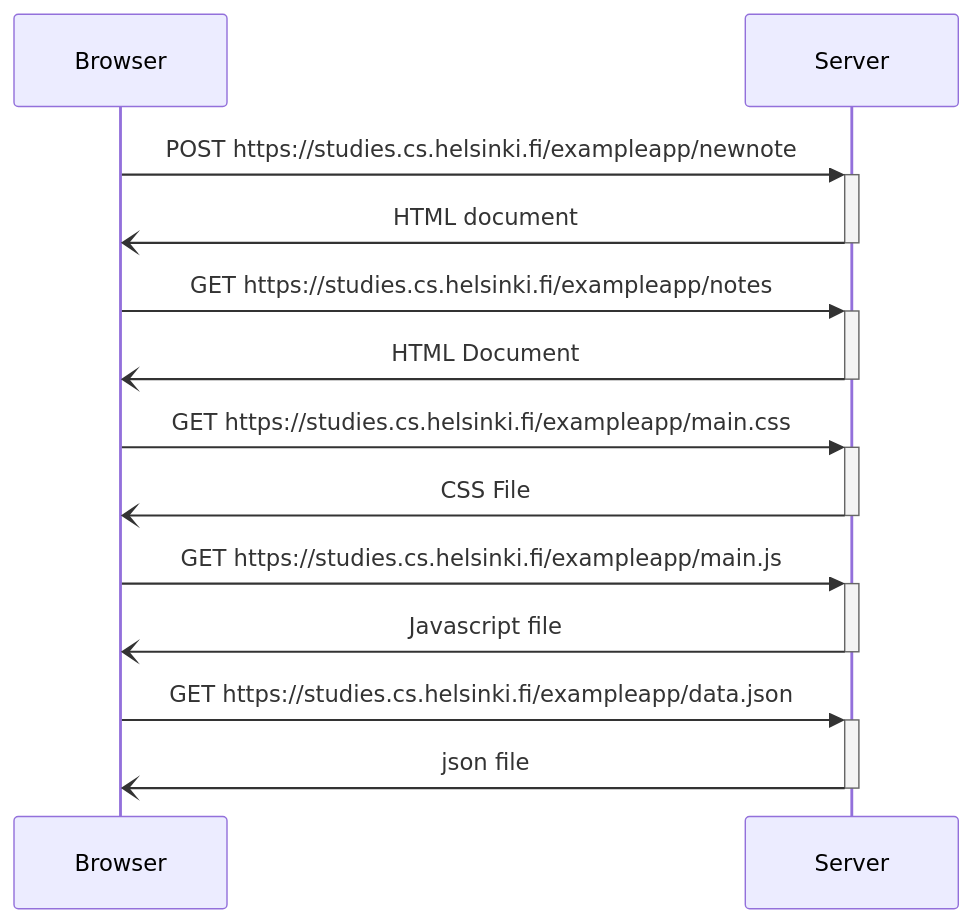
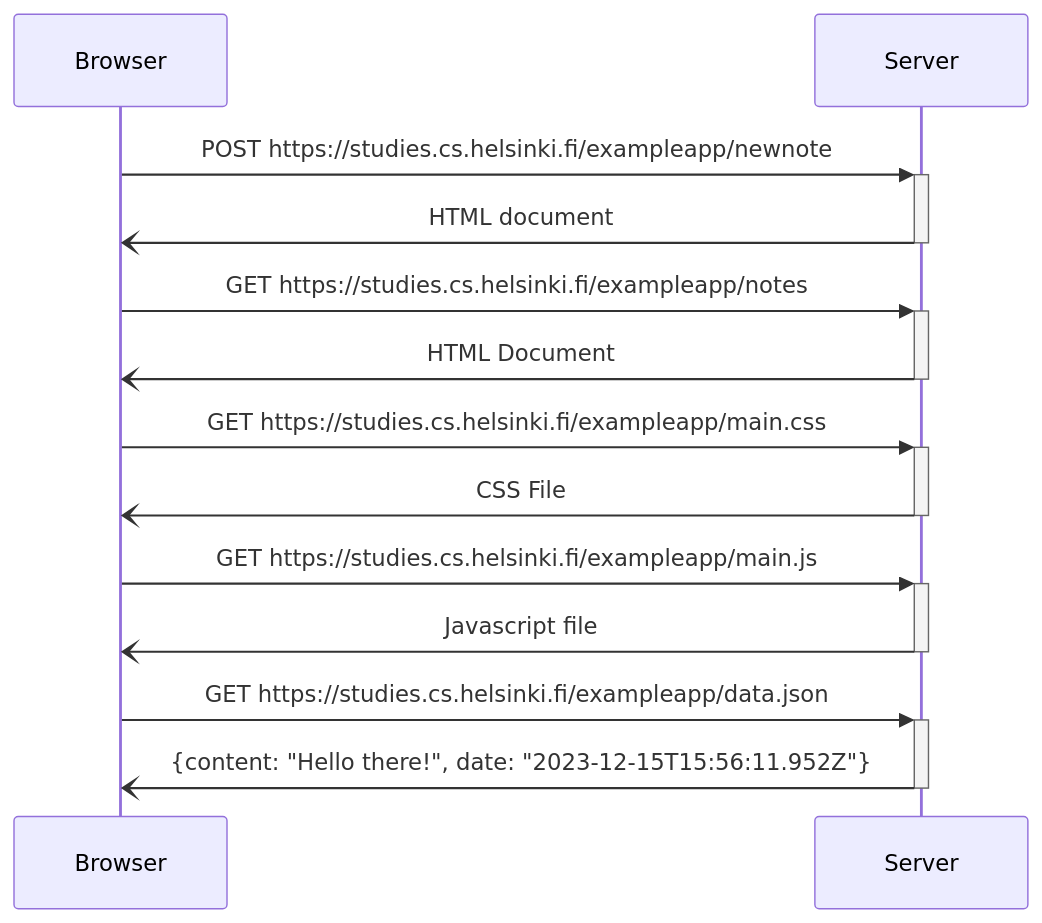
Before and after one commit to bhatnagar-kritika/Full-Stack-University-of-Helsinki: the first of 3 diagrams in part0.md, drawn with Mermaid. The commit also changed other lines of this file, not shown here.

````diff
--- a/part0.md
+++ b/part0.md
@@ -6,22 +6,22 @@
 ```mermaid
     sequenceDiagram
     participant Browser
     participant Server
 
     Browser->>+Server: POST https://studies.cs.helsinki.fi/exampleapp/newnote;
     Server-)-Browser: HTML document;
     
     Browser->>+Server: GET https://studies.cs.helsinki.fi/exampleapp/notes;
     Server-)-Browser:HTML Document;
 
     Browser->>+Server: GET https://studies.cs.helsinki.fi/exampleapp/main.css;
     Server-)-Browser: CSS File;
 
     Browser->>+Server: GET https://studies.cs.helsinki.fi/exampleapp/main.js;
     Server-)-Browser: Javascript file;
 
     Browser->>+Server: GET https://studies.cs.helsinki.fi/exampleapp/data.json;
-    Server-)-Browser: json file;
+    Server-)-Browser: {content: "Hello there!", date: "2023-12-15T15:56:11.952Z"};
     
 
 ```
````
